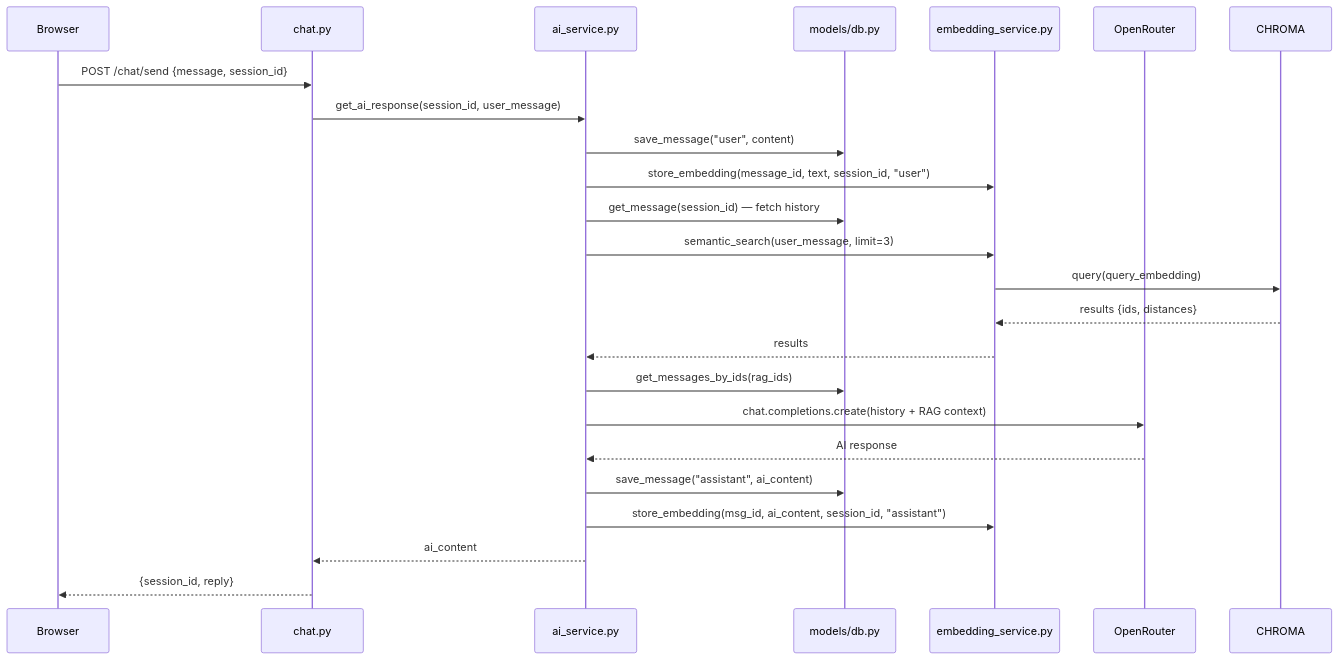
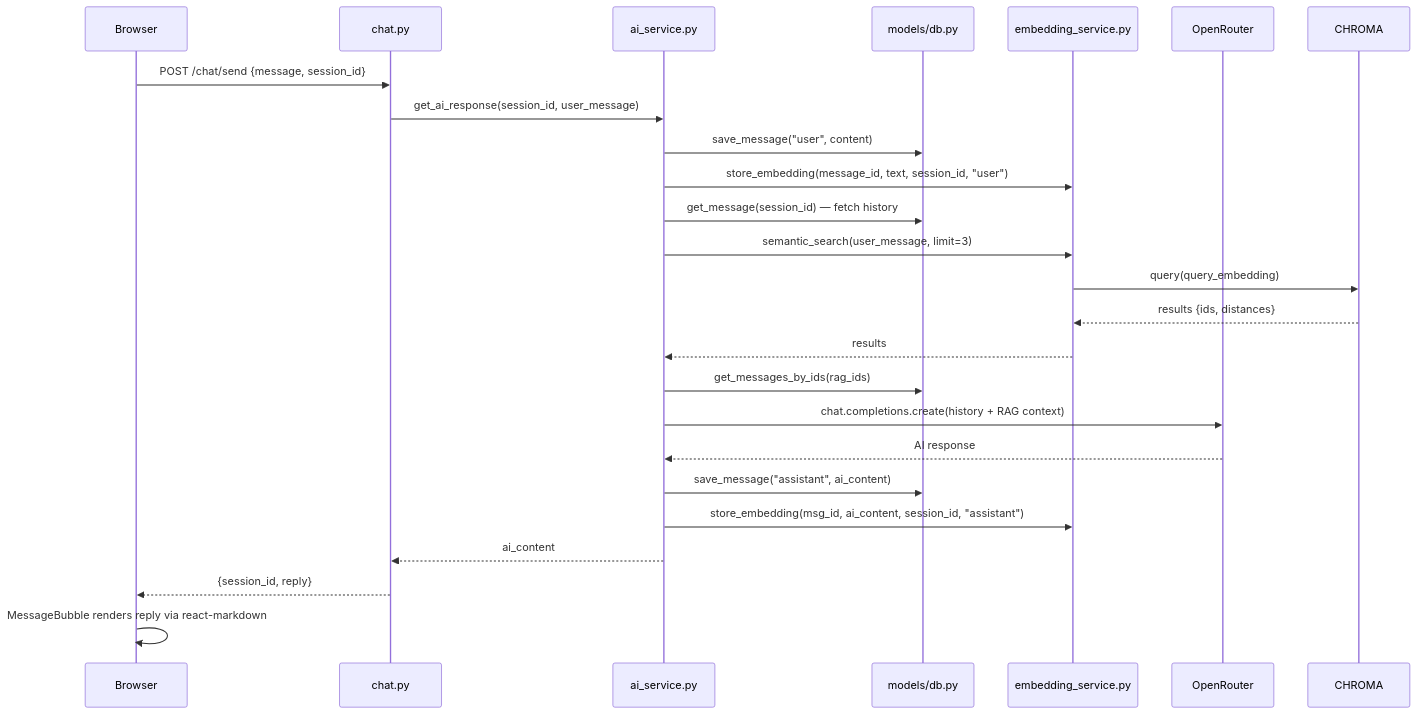
Before and after one commit to AlanNobita/The-second-brain: the seventh of 7 diagrams in docs/ARCHITECTURE.md, drawn with Mermaid. The commit also changed other lines of this file and 5 other files, not shown here.

````diff
--- a/docs/ARCHITECTURE.md
+++ b/docs/ARCHITECTURE.md
@@ -144,26 +195,27 @@
 ```mermaid
 sequenceDiagram
     participant Browser
     participant Route as chat.py
     participant AI as ai_service.py
     participant DB as models/db.py
     participant EMB as embedding_service.py
     participant OR as OpenRouter
 
     Browser->>Route: POST /chat/send {message, session_id}
     Route->>AI: get_ai_response(session_id, user_message)
     AI->>DB: save_message("user", content)
     AI->>EMB: store_embedding(message_id, text, session_id, "user")
     AI->>DB: get_message(session_id) — fetch history
     AI->>EMB: semantic_search(user_message, limit=3)
     EMB->>CHROMA: query(query_embedding)
     CHROMA-->>EMB: results {ids, distances}
     EMB-->>AI: results
     AI->>DB: get_messages_by_ids(rag_ids)
     AI->>OR: chat.completions.create(history + RAG context)
     OR-->>AI: AI response
     AI->>DB: save_message("assistant", ai_content)
     AI->>EMB: store_embedding(msg_id, ai_content, session_id, "assistant")
     AI-->>Route: ai_content
     Route-->>Browser: {session_id, reply}
+    Browser->>Browser: MessageBubble renders reply via react-markdown
 ```
````
